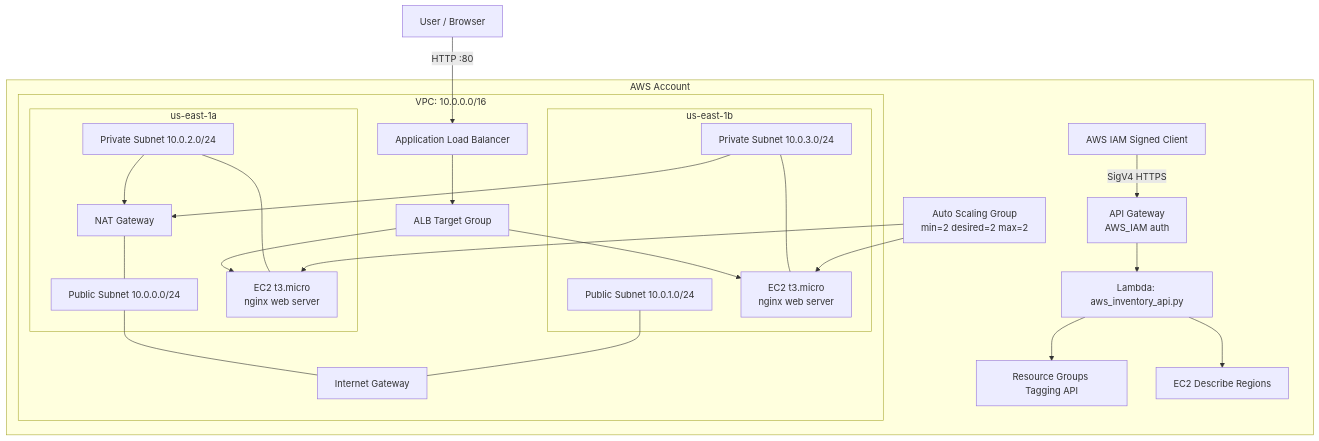
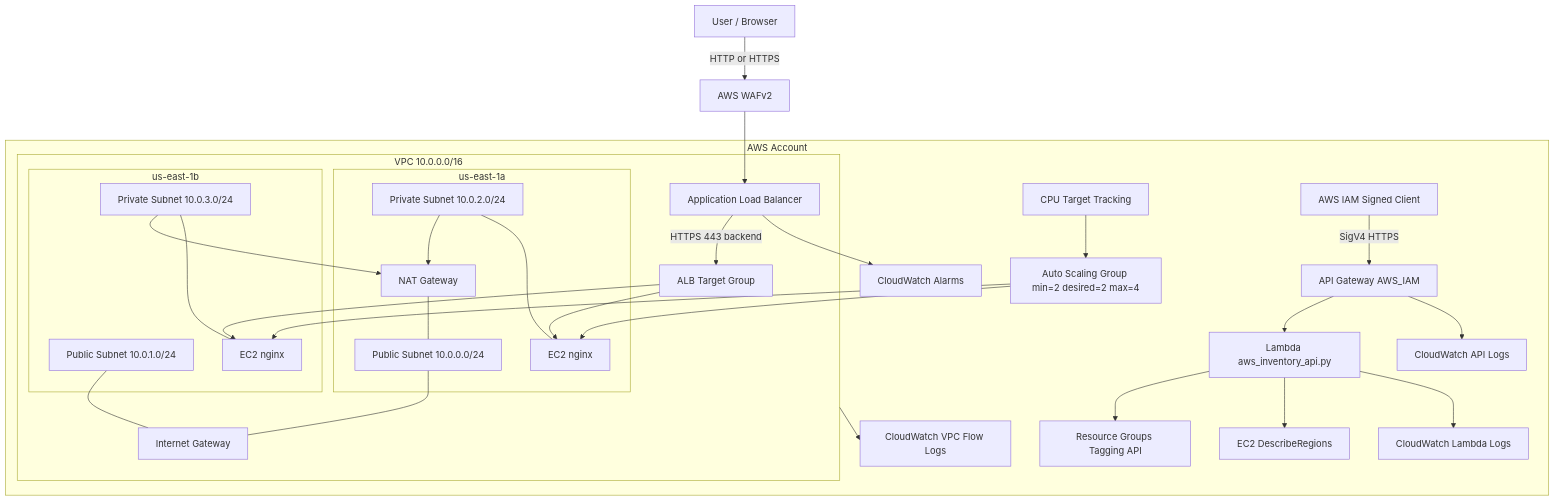
Before and after one commit to idan006/365Scors: the diagram in README.md, drawn with Mermaid. The commit also changed other lines of this file and 8 other files, not shown here.

````diff
--- a/README.md
+++ b/README.md
@@ -21,43 +29,50 @@
 ```mermaid
 flowchart TB
-    user["User / Browser"] -->|HTTP :80| alb["Application Load Balancer"]
+    user["User / Browser"] -->|HTTP or HTTPS| waf["AWS WAFv2"]
+    waf --> alb["Application Load Balancer"]
 
     subgraph aws["AWS Account"]
-        subgraph vpc["VPC: 10.0.0.0/16"]
+        subgraph vpc["VPC 10.0.0.0/16"]
             igw["Internet Gateway"]
 
             subgraph az1["us-east-1a"]
                 pub1["Public Subnet 10.0.0.0/24"]
                 priv1["Private Subnet 10.0.2.0/24"]
                 nat["NAT Gateway"]
-                ec2a["EC2 t3.micro\nnginx web server"]
+                ec2a["EC2 nginx"]
             end
 
             subgraph az2["us-east-1b"]
                 pub2["Public Subnet 10.0.1.0/24"]
                 priv2["Private Subnet 10.0.3.0/24"]
-                ec2b["EC2 t3.micro\nnginx web server"]
+                ec2b["EC2 nginx"]
             end
 
-            alb --> target_group["ALB Target Group"]
-            target_group --> ec2a
-            target_group --> ec2b
+            alb -->|HTTPS 443 backend| tg["ALB Target Group"]
+            tg --> ec2a
+            tg --> ec2b
 
             pub1 --- igw
             pub2 --- igw
             nat --- pub1
             priv1 --> nat
             priv2 --> nat
             priv1 --- ec2a
             priv2 --- ec2b
         end
 
-        asg["Auto Scaling Group\nmin=2 desired=2 max=2"] --> ec2a
+        asg["Auto Scaling Group min=2 desired=2 max=4"] --> ec2a
         asg --> ec2b
+        cpu["CPU Target Tracking"] --> asg
 
-        caller["AWS IAM Signed Client"] -->|SigV4 HTTPS| api["API Gateway\nAWS_IAM auth"]
-        api --> lambda["Lambda: aws_inventory_api.py"]
+        caller["AWS IAM Signed Client"] -->|SigV4 HTTPS| api["API Gateway AWS_IAM"]
+        api --> lambda["Lambda aws_inventory_api.py"]
         lambda --> tagging["Resource Groups Tagging API"]
-        lambda --> ec2api["EC2 Describe Regions"]
+        lambda --> ec2api["EC2 DescribeRegions"]
+
+        api --> apilogs["CloudWatch API Logs"]
+        lambda --> lambdalogs["CloudWatch Lambda Logs"]
+        vpc --> flowlogs["CloudWatch VPC Flow Logs"]
+        alb --> alarms["CloudWatch Alarms"]
     end
 ```
````
